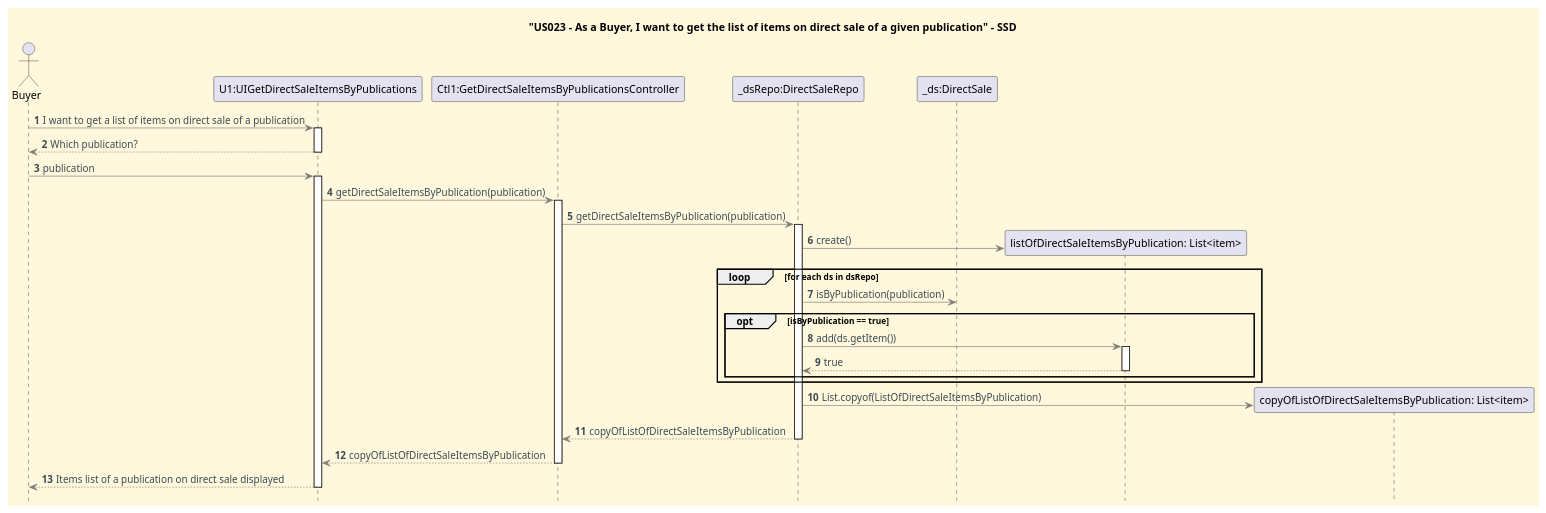
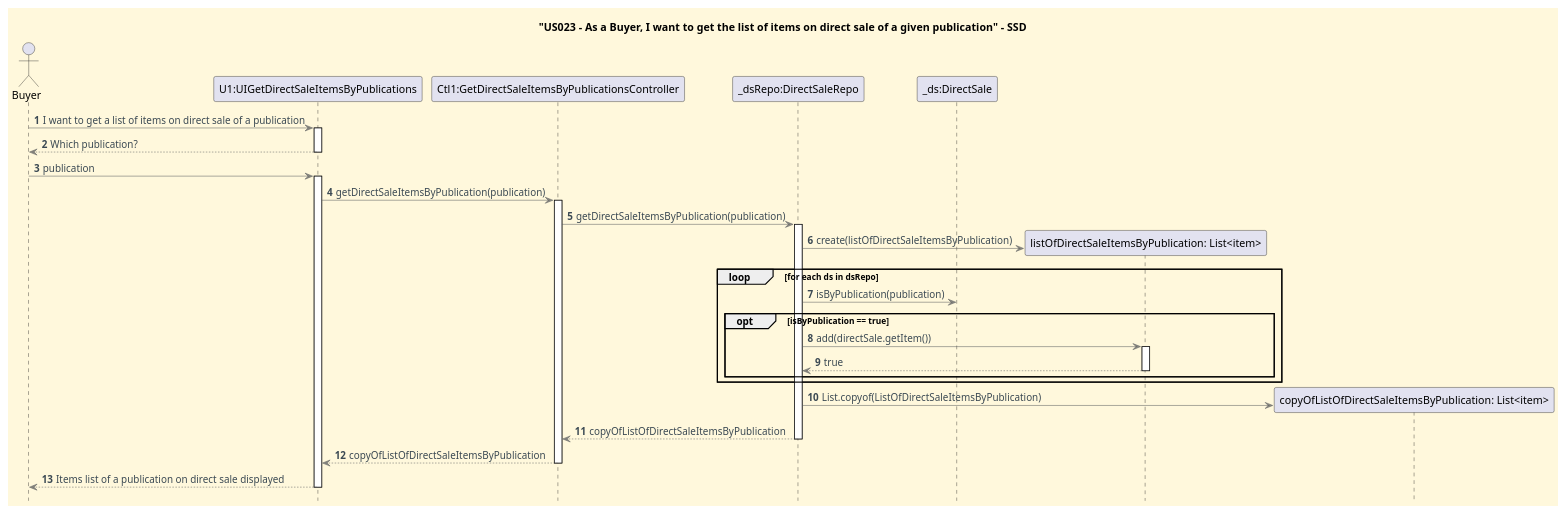
Before and after one commit to CarolinaLeite-collab/JavaMarketplacePlatform: the diagram in docs/userStories/US023/US023_get_list_items_directSale_given_publication_SD.puml, drawn with PlantUML.

Commit message:
Smaller fixes in SD for US023 #206

```diff
--- a/docs/userStories/US023/US023_get_list_items_directSale_given_publication_SD.puml
+++ b/docs/userStories/US023/US023_get_list_items_directSale_given_publication_SD.puml
@@ -1,61 +1,61 @@
 @startuml
 title "US023 - As a Buyer, I want to get the list of items on direct sale of a given publication" - SSD
 hidefootbox
 
 '==== basic style ====
 skinparam monochrome false
 skinparam shadowing false
 skinparam defaultFontName Futura
 skinparam objectFontSize 20
 skinparam backgroundColor CornSilk
 skinparam objectBackgroundColor WhiteSmoke
 skinparam noteBackgroundColor #FFFFE0
 skinparam ArrowFontColor #3B4953
 skinparam ArrowColor #57595BAA
 skinparam ActivationBackgroundColor WhiteSmoke
 
 
 autonumber
 autoactivate off
 
 ' --- Actor and participants ---
 actor Buyer
 participant "U1:UIGetDirectSaleItemsByPublications" as UI
 participant "Ctl1:GetDirectSaleItemsByPublicationsController" as Ctl
 participant "_dsRepo:DirectSaleRepo" as dsr
 participant "_ds:DirectSale" as ds
 
 Buyer -> UI: I want to get a list of items on direct sale of a publication
 activate UI
 UI --> Buyer: Which publication?
 deactivate UI
 
 'publication object
 Buyer -> UI: publication
 activate UI
 UI -> Ctl: getDirectSaleItemsByPublication(publication)
 activate Ctl
 Ctl -> dsr: getDirectSaleItemsByPublication(publication)
 activate dsr
 create "listOfDirectSaleItemsByPublication: List<item>" as list
 
-dsr -> list: create()
+dsr -> list: create(listOfDirectSaleItemsByPublication)
 loop for each ds in dsRepo
         dsr -> ds: isByPublication(publication)
         opt isByPublication == true
-            dsr -> list: add(ds.getItem())
+            dsr -> list: add(directSale.getItem())
             activate list
             list --> dsr: true
             deactivate list
         end
 end
 
 create "copyOfListOfDirectSaleItemsByPublication: List<item>" as copy
 dsr -> copy: List.copyof(ListOfDirectSaleItemsByPublication)
 dsr --> Ctl: copyOfListOfDirectSaleItemsByPublication
 deactivate dsr
 Ctl --> UI: copyOfListOfDirectSaleItemsByPublication
 deactivate Ctl
 UI --> Buyer: Items list of a publication on direct sale displayed
 deactivate UI
 @enduml
```
